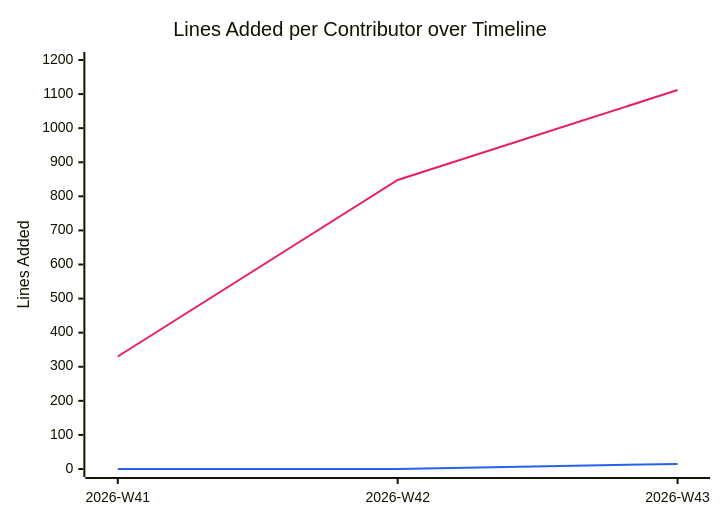
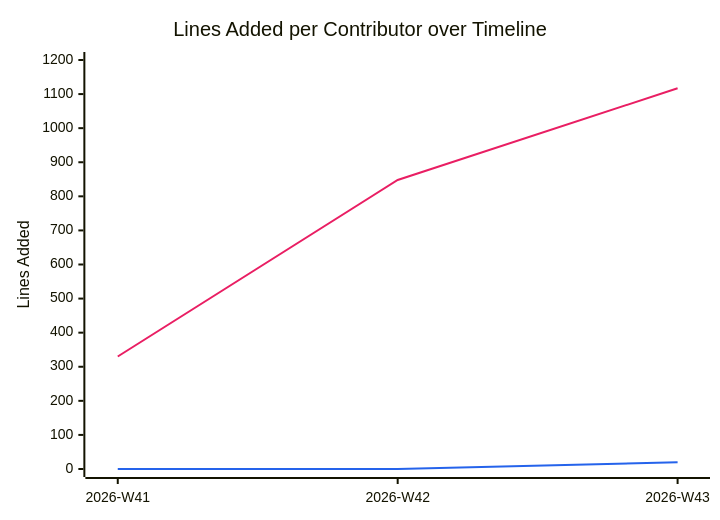
Before and after one commit to BeyondMagic/swe-template: the diagram in documentation/snippets/management/code-additions.mmd, drawn with Mermaid. The commit also changed 2 other files, not shown here.

```diff
--- a/documentation/snippets/management/code-additions.mmd
+++ b/documentation/snippets/management/code-additions.mmd
@@ -1,7 +1,7 @@
 %%{init: {"themeVariables": {"xyChart": {"plotColorPalette": "#e91e63, #2563eb"}}}}%%
 xychart-beta
     title "Lines Added per Contributor over Timeline"
     x-axis ["2026-W41", "2026-W42", "2026-W43"]
     y-axis "Lines Added" 0 --> 1200
-    line [330, 848, 1112]
-    line [0, 0, 15]
+    line [330, 848, 1117]
+    line [0, 0, 20]
```
